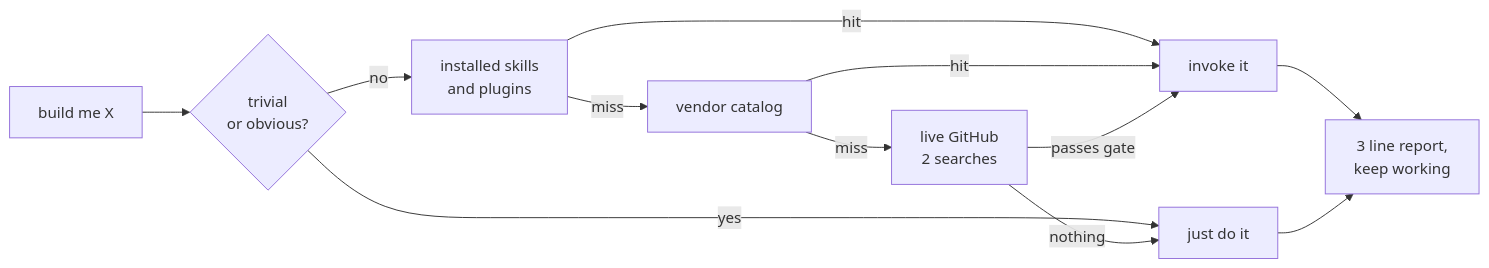
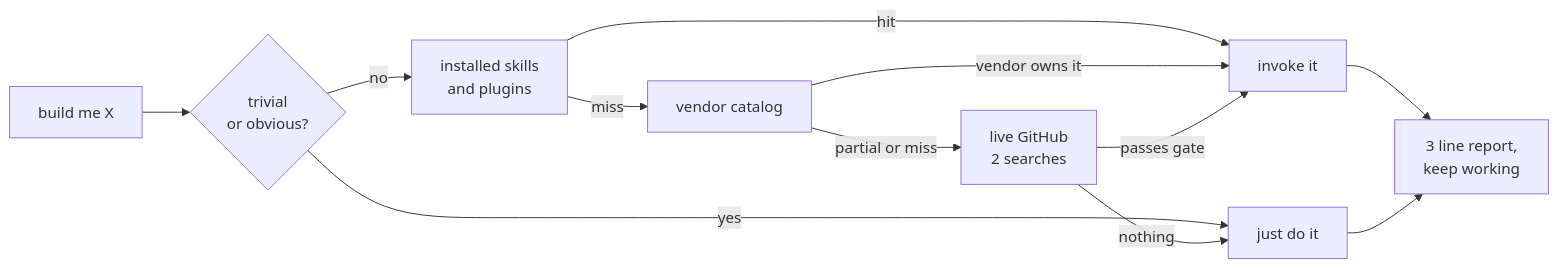
Before and after one commit to nohseongmin/claude-skill-finder: the diagram in README.md, drawn with Mermaid. The commit also changed other lines of this file and 1 other file, not shown here.

First line of the commit message:
Stop the catalog from short-circuiting the live search

````diff
--- a/README.md
+++ b/README.md
@@ -42,14 +42,14 @@
 ```mermaid
 flowchart LR
     A["build me X"] --> B{"trivial<br/>or obvious?"}
     B -- yes --> Z["just do it"]
     B -- no --> C["installed skills<br/>and plugins"]
     C -- hit --> Y["invoke it"]
     C -- miss --> D["vendor catalog"]
-    D -- hit --> Y
-    D -- miss --> E["live GitHub<br/>2 searches"]
+    D -- vendor owns it --> Y
+    D -- partial or miss --> E["live GitHub<br/>2 searches"]
     E -- passes gate --> Y
     E -- nothing --> Z
     Y --> F["3 line report,<br/>keep working"]
     Z --> F
 ```
````
